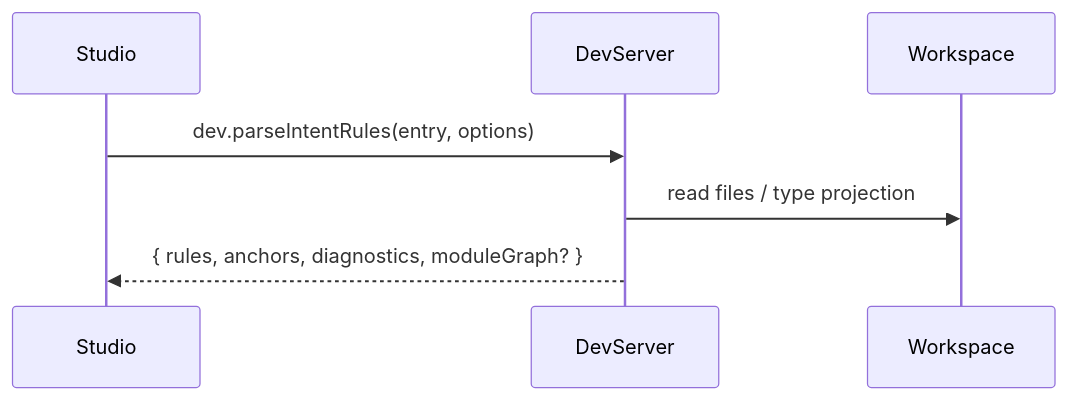
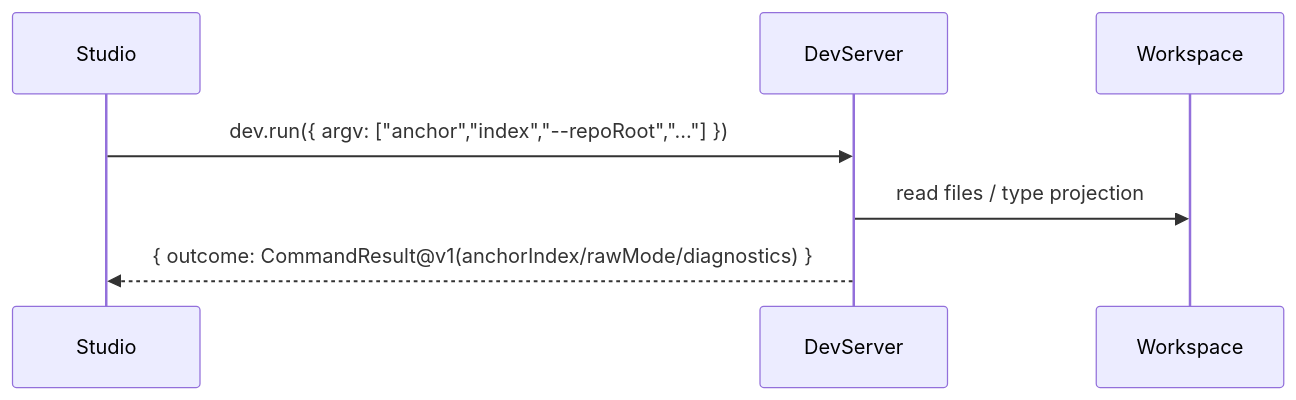
The second of 4 diagrams in docs/specs/drafts/topics/platform-workbench-prd/30-system-architecture.md (yoyooyooo/logix), drawn with Mermaid before and after one commit. The commit also changed other lines of this file and 500 other files, not shown here.

````diff
--- a/docs/specs/drafts/topics/platform-workbench-prd/30-system-architecture.md
+++ b/docs/specs/drafts/topics/platform-workbench-prd/30-system-architecture.md
@@ -136,10 +136,10 @@
 ```mermaid
 sequenceDiagram
   participant Studio as Studio
   participant Dev as DevServer
   participant Repo as Workspace
 
-  Studio->>Dev: dev.parseIntentRules(entry, options)
+  Studio->>Dev: dev.run({ argv: ["anchor","index","--repoRoot","..."] })
   Dev->>Repo: read files / type projection
-  Dev-->>Studio: { rules, anchors, diagnostics, moduleGraph? }
+  Dev-->>Studio: { outcome: CommandResult@v1(anchorIndex/rawMode/diagnostics) }
 ```
````
